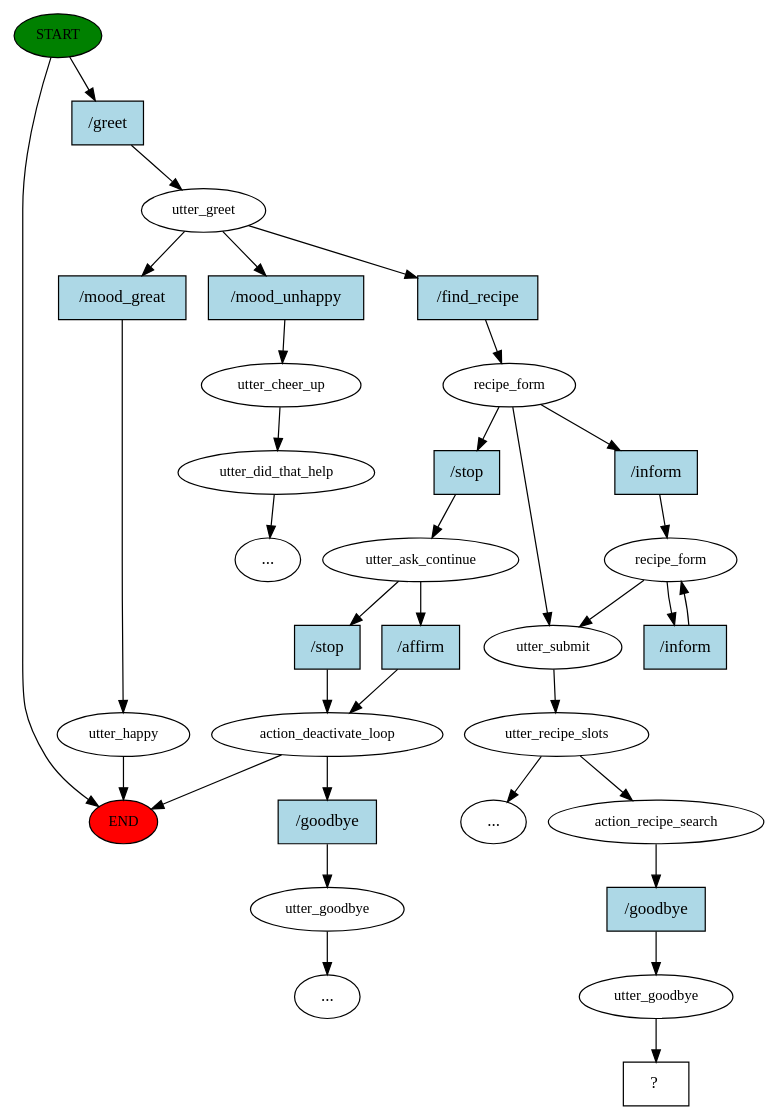
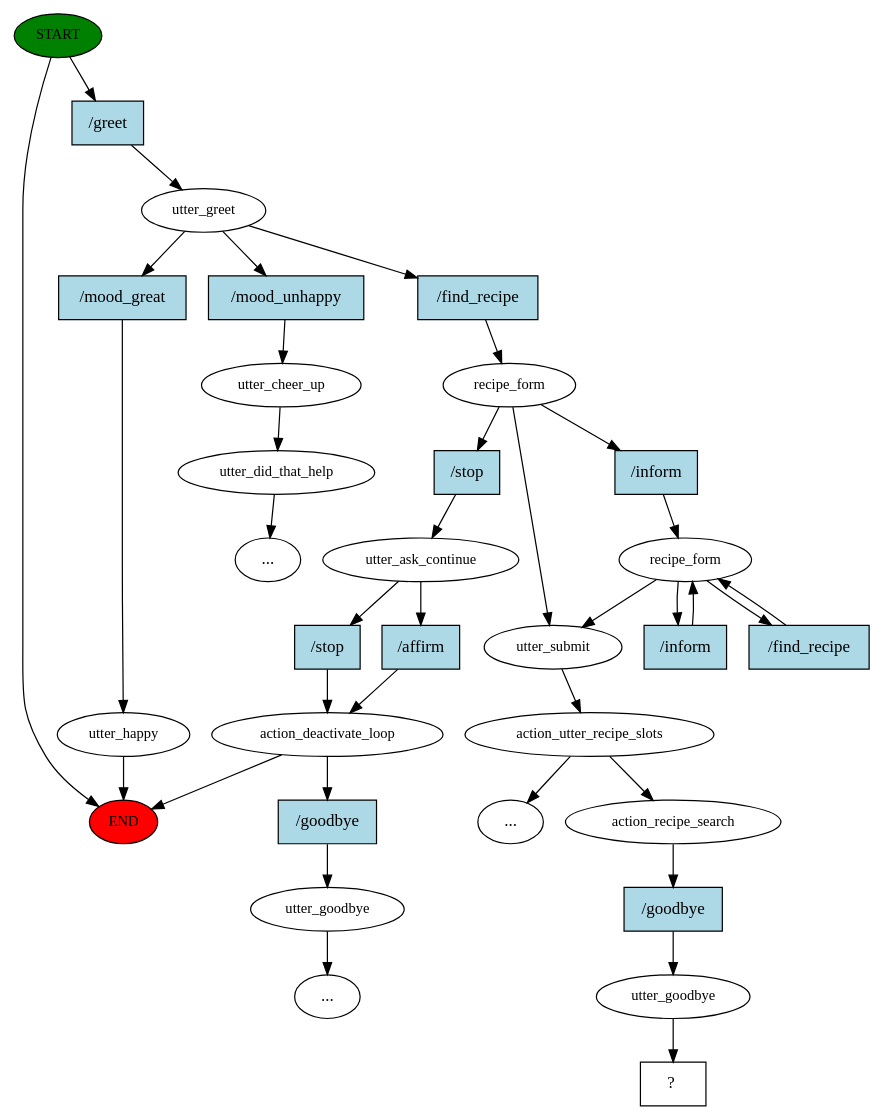
The diagram in story_graph.dot (lauren-l/HCI-chatbot), drawn with Graphviz before and after one commit. The commit also changed 105 other files, not shown here.

Commit message:
fix double extraction of entities and utter_slots message

```diff
--- a/story_graph.dot
+++ b/story_graph.dot
@@ -1,66 +1,69 @@
 digraph  {
 0 [class="start active", fillcolor=green, fontsize=12, label=START, style=filled];
 "-1" [class=end, fillcolor=red, fontsize=12, label=END, style=filled];
 1 [class=active, fontsize=12, label=utter_greet];
 2 [class=active, fontsize=12, label=recipe_form];
 3 [class="", fontsize=12, label=utter_ask_continue];
 4 [class="", fontsize=12, label=action_deactivate_loop];
 13 [class="", fontsize=12, label=utter_goodbye];
 "-4" [class=ellipsis, label="..."];
 21 [class=active, fontsize=12, label=utter_submit];
-22 [class=active, fontsize=12, label=utter_recipe_slots];
+22 [class=active, fontsize=12, label=action_utter_recipe_slots];
 "-5" [class=ellipsis, label="..."];
 24 [class="", fontsize=12, label=utter_happy];
 26 [class="", fontsize=12, label=utter_cheer_up];
 27 [class="", fontsize=12, label=utter_did_that_help];
 "-7" [class=ellipsis, label="..."];
 33 [class=active, fontsize=12, label=recipe_form];
-37 [class=active, fontsize=12, label=action_recipe_search];
-38 [class=active, fontsize=12, label=utter_goodbye];
-39 [class="intent dashed active", label="  ?  ", shape=rect];
-40 [class="intent active", fillcolor=lightblue, label="/greet", shape=rect, style=filled];
-41 [class="intent active", fillcolor=lightblue, label="/find_recipe", shape=rect, style=filled];
-42 [class=intent, fillcolor=lightblue, label="/mood_great", shape=rect, style=filled];
-43 [class=intent, fillcolor=lightblue, label="/mood_unhappy", shape=rect, style=filled];
-44 [class=intent, fillcolor=lightblue, label="/stop", shape=rect, style=filled];
-45 [class="intent active", fillcolor=lightblue, label="/inform", shape=rect, style=filled];
+39 [class=active, fontsize=12, label=action_recipe_search];
+40 [class=active, fontsize=12, label=utter_goodbye];
+41 [class="intent dashed active", label="  ?  ", shape=rect];
+42 [class="intent active", fillcolor=lightblue, label="/greet", shape=rect, style=filled];
+43 [class="intent active", fillcolor=lightblue, label="/find_recipe", shape=rect, style=filled];
+44 [class=intent, fillcolor=lightblue, label="/mood_great", shape=rect, style=filled];
+45 [class=intent, fillcolor=lightblue, label="/mood_unhappy", shape=rect, style=filled];
 46 [class=intent, fillcolor=lightblue, label="/stop", shape=rect, style=filled];
-47 [class=intent, fillcolor=lightblue, label="/affirm", shape=rect, style=filled];
-48 [class=intent, fillcolor=lightblue, label="/goodbye", shape=rect, style=filled];
-49 [class="intent active", fillcolor=lightblue, label="/inform", shape=rect, style=filled];
-50 [class="intent active", fillcolor=lightblue, label="/goodbye", shape=rect, style=filled];
+47 [class="intent active", fillcolor=lightblue, label="/inform", shape=rect, style=filled];
+48 [class=intent, fillcolor=lightblue, label="/stop", shape=rect, style=filled];
+49 [class=intent, fillcolor=lightblue, label="/affirm", shape=rect, style=filled];
+50 [class=intent, fillcolor=lightblue, label="/goodbye", shape=rect, style=filled];
+51 [class="intent active", fillcolor=lightblue, label="/find_recipe", shape=rect, style=filled];
+52 [class="intent active", fillcolor=lightblue, label="/inform", shape=rect, style=filled];
+53 [class="intent active", fillcolor=lightblue, label="/goodbye", shape=rect, style=filled];
 0 -> "-1"  [class="", key=NONE, label=""];
-0 -> 40  [class=active, key=0];
-1 -> 41  [class=active, key=0];
-1 -> 42  [class="", key=0];
-1 -> 43  [class="", key=0];
+0 -> 42  [class=active, key=0];
+1 -> 43  [class=active, key=0];
+1 -> 44  [class="", key=0];
+1 -> 45  [class="", key=0];
 2 -> 21  [class="", key=NONE, label=""];
-2 -> 44  [class="", key=0];
-2 -> 45  [class=active, key=0];
-3 -> 46  [class="", key=0];
-3 -> 47  [class="", key=0];
+2 -> 46  [class="", key=0];
+2 -> 47  [class=active, key=0];
+3 -> 48  [class="", key=0];
+3 -> 49  [class="", key=0];
 4 -> "-1"  [class="", key=NONE, label=""];
-4 -> 48  [class="", key=0];
+4 -> 50  [class="", key=0];
 13 -> "-4"  [class="", key=NONE, label=""];
 21 -> 22  [class=active, key=NONE, label=""];
 22 -> "-5"  [class="", key=NONE, label=""];
-22 -> 37  [class=active, key=NONE, label=""];
+22 -> 39  [class=active, key=NONE, label=""];
 24 -> "-1"  [class="", key=NONE, label=""];
 26 -> 27  [class="", key=NONE, label=""];
 27 -> "-7"  [class="", key=NONE, label=""];
 33 -> 21  [class=active, key=NONE, label=""];
-33 -> 49  [class=active, key=0];
-37 -> 50  [class=active, key=0];
-38 -> 39  [class=active, key=NONE, label=""];
-40 -> 1  [class=active, key=0];
-41 -> 2  [class=active, key=0];
-42 -> 24  [class="", key=0];
-43 -> 26  [class="", key=0];
-44 -> 3  [class="", key=0];
-45 -> 33  [class=active, key=0];
-46 -> 4  [class="", key=0];
-47 -> 4  [class="", key=0];
-48 -> 13  [class="", key=0];
-49 -> 33  [class=active, key=0];
-50 -> 38  [class=active, key=0];
+33 -> 51  [class=active, key=0];
+33 -> 52  [class=active, key=0];
+39 -> 53  [class=active, key=0];
+40 -> 41  [class=active, key=NONE, label=""];
+42 -> 1  [class=active, key=0];
+43 -> 2  [class=active, key=0];
+44 -> 24  [class="", key=0];
+45 -> 26  [class="", key=0];
+46 -> 3  [class="", key=0];
+47 -> 33  [class=active, key=0];
+48 -> 4  [class="", key=0];
+49 -> 4  [class="", key=0];
+50 -> 13  [class="", key=0];
+51 -> 33  [class=active, key=0];
+52 -> 33  [class=active, key=0];
+53 -> 40  [class=active, key=0];
 }
```
